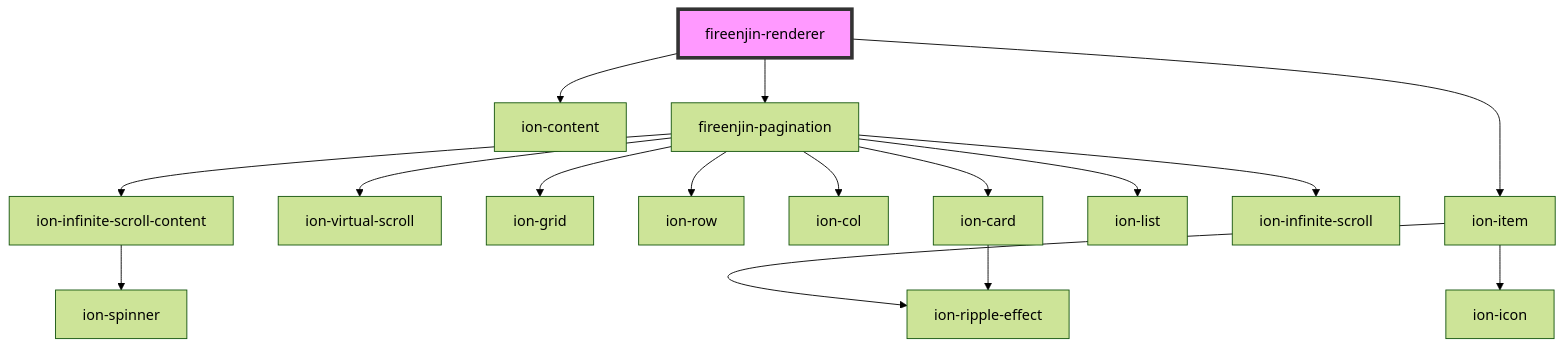
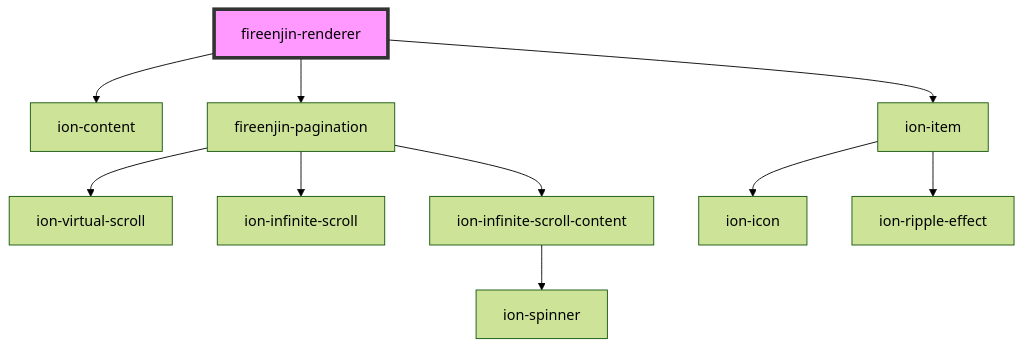
The diagram in src/components/readme.md (MadnessLabs/fireenjin-components), drawn with Mermaid (forest theme) before and after one commit. The commit also changed 2 other files, not shown here.

Commit message:
fix(pagination): Try out using render item prop instead of displaying results manually

````diff
--- a/src/components/readme.md
+++ b/src/components/readme.md
@@ -17,19 +17,13 @@
 ```mermaid
 graph TD;
   fireenjin-renderer --> ion-content
   fireenjin-renderer --> fireenjin-pagination
   fireenjin-renderer --> ion-item
   fireenjin-pagination --> ion-virtual-scroll
-  fireenjin-pagination --> ion-grid
-  fireenjin-pagination --> ion-row
-  fireenjin-pagination --> ion-col
-  fireenjin-pagination --> ion-card
-  fireenjin-pagination --> ion-list
   fireenjin-pagination --> ion-infinite-scroll
   fireenjin-pagination --> ion-infinite-scroll-content
-  ion-card --> ion-ripple-effect
   ion-infinite-scroll-content --> ion-spinner
   ion-item --> ion-icon
   ion-item --> ion-ripple-effect
   style fireenjin-renderer fill:#f9f,stroke:#333,stroke-width:4px
 ```
````
